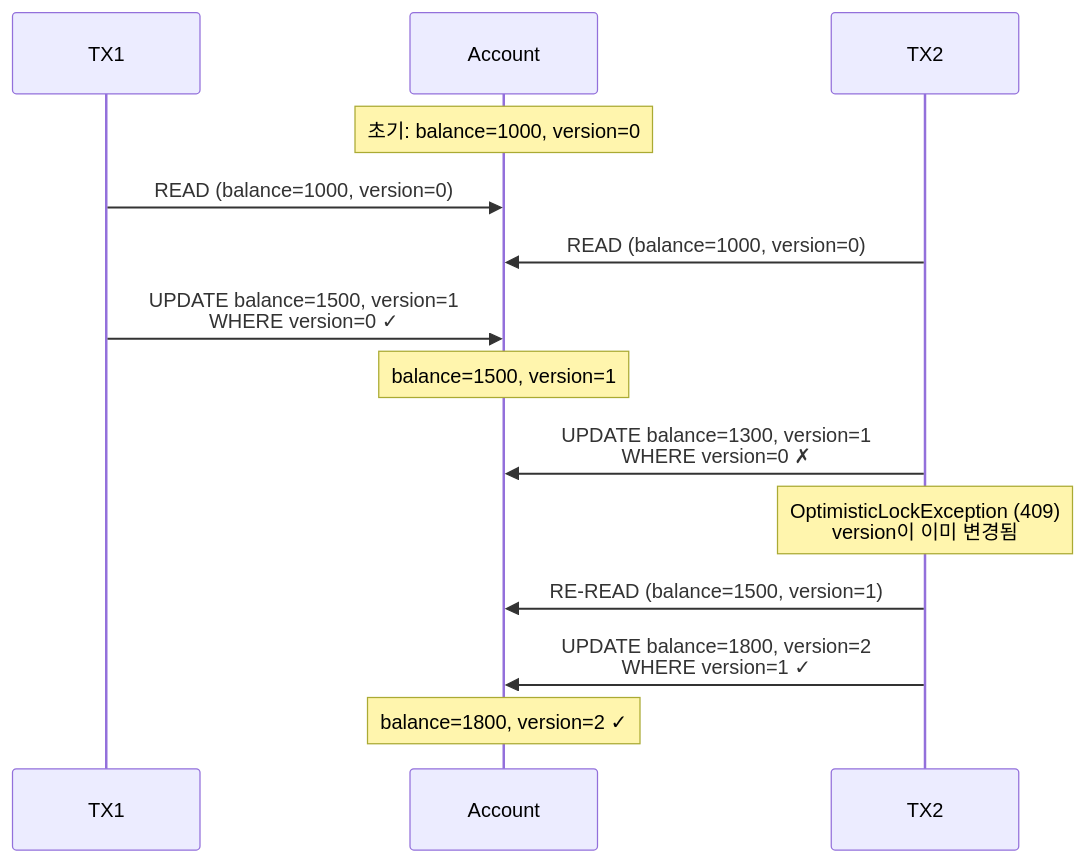
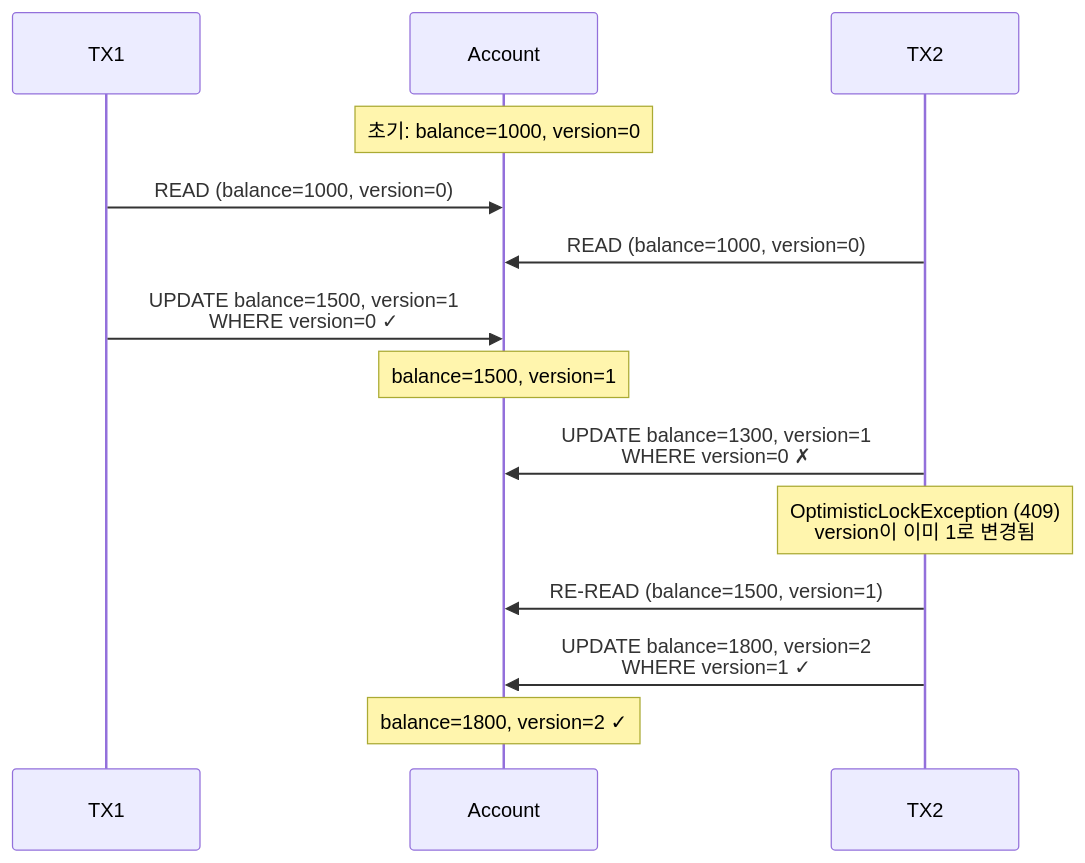
The second of 8 diagrams in docs/DESIGN_DECISIONS.md (seokrae-labs/account-ledger-service), drawn with Mermaid before and after one commit. The commit also changed other lines of this file, not shown here.

First line of the commit message:
docs: Optimistic Locking 섹션 비교 다이어그램으로 교체 (#174)

````diff
--- a/docs/DESIGN_DECISIONS.md
+++ b/docs/DESIGN_DECISIONS.md
@@ -71,21 +63,21 @@
 ```mermaid
 sequenceDiagram
     participant TX1
     participant Account
     participant TX2
 
     Note over Account: 초기: balance=1000, version=0
 
     TX1->>Account: READ (balance=1000, version=0)
     TX2->>Account: READ (balance=1000, version=0)
 
     TX1->>Account: UPDATE balance=1500, version=1<br/>WHERE version=0 ✓
     Note over Account: balance=1500, version=1
 
     TX2->>Account: UPDATE balance=1300, version=1<br/>WHERE version=0 ✗
-    Note over TX2: OptimisticLockException (409)<br/>version이 이미 변경됨
+    Note over TX2: OptimisticLockException (409)<br/>version이 이미 1로 변경됨
 
     TX2->>Account: RE-READ (balance=1500, version=1)
     TX2->>Account: UPDATE balance=1800, version=2<br/>WHERE version=1 ✓
     Note over Account: balance=1800, version=2 ✓
 ```
````
